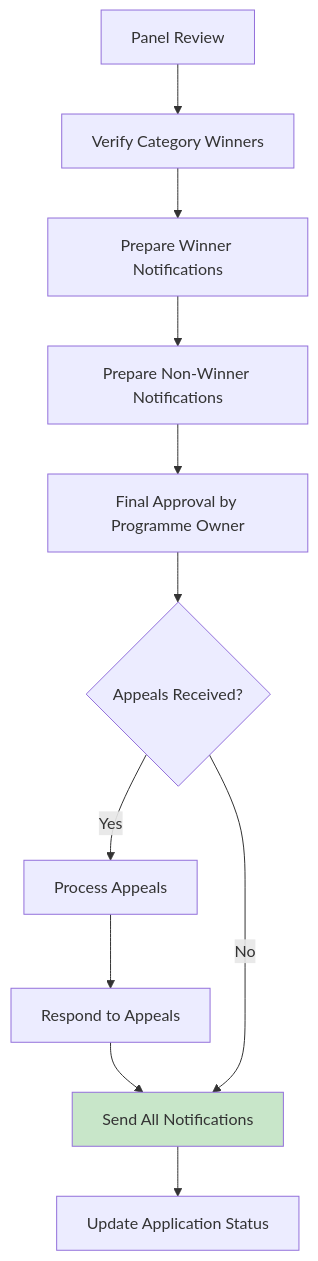
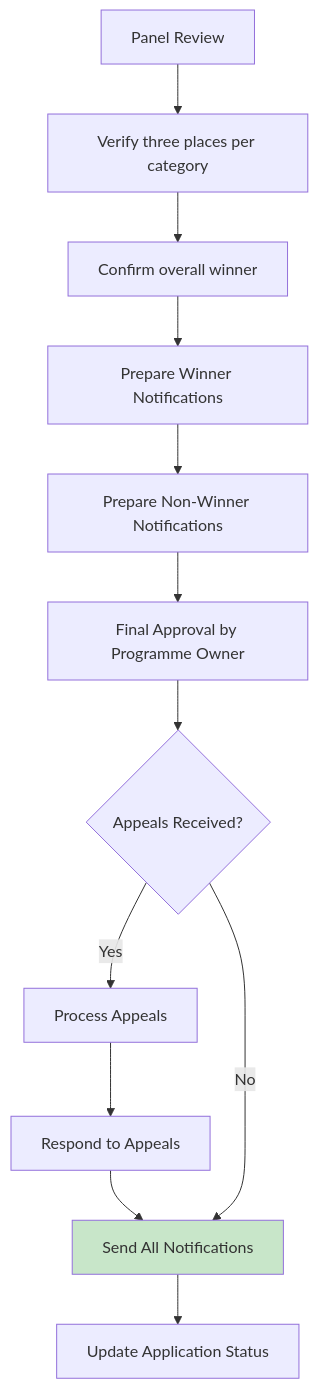
The diagram in Confluence/Project-Contractor-Of-The-Year-Award/130547713 - 3.0 DecisionAward.md (baloghp/PBF), drawn with Mermaid before and after one commit. The commit also changed other lines of this file and 19 other files, not shown here.

Commit message:
Record DR-003 (multiple nominations; overall plus category places) and the Nominee-Wix implementation plan.

````diff
--- a/Confluence/Project-Contractor-Of-The-Year-Award/130547713 - 3.0 DecisionAward.md
+++ b/Confluence/Project-Contractor-Of-The-Year-Award/130547713 - 3.0 DecisionAward.md
@@ -23,15 +23,16 @@
 ```mermaid
 flowchart TD
-    A[Panel Review] --> B[Verify Category Winners]
-    B --> C[Prepare Winner Notifications]
-    C --> D[Prepare Non-Winner Notifications]
-    D --> E[Final Approval by Programme Owner]
-    E --> F{Appeals Received?}
-    F -->|Yes| G[Process Appeals]
-    G --> H[Respond to Appeals]
-    H --> I[Send All Notifications]
-    F -->|No| I
-    I --> J[Update Application Status]
+    A[Panel Review] --> B[Verify three places per category]
+    B --> C[Confirm overall winner]
+    C --> D[Prepare Winner Notifications]
+    D --> E[Prepare Non-Winner Notifications]
+    E --> F[Final Approval by Programme Owner]
+    F --> G{Appeals Received?}
+    G -->|Yes| H[Process Appeals]
+    H --> I[Respond to Appeals]
+    I --> J[Send All Notifications]
+    G -->|No| J
+    J --> K[Update Application Status]
     
-    style I fill:#c8e6c9
+    style J fill:#c8e6c9
 ```
````
